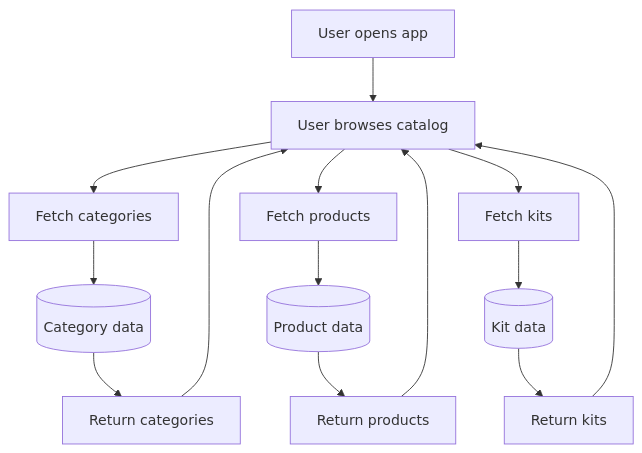
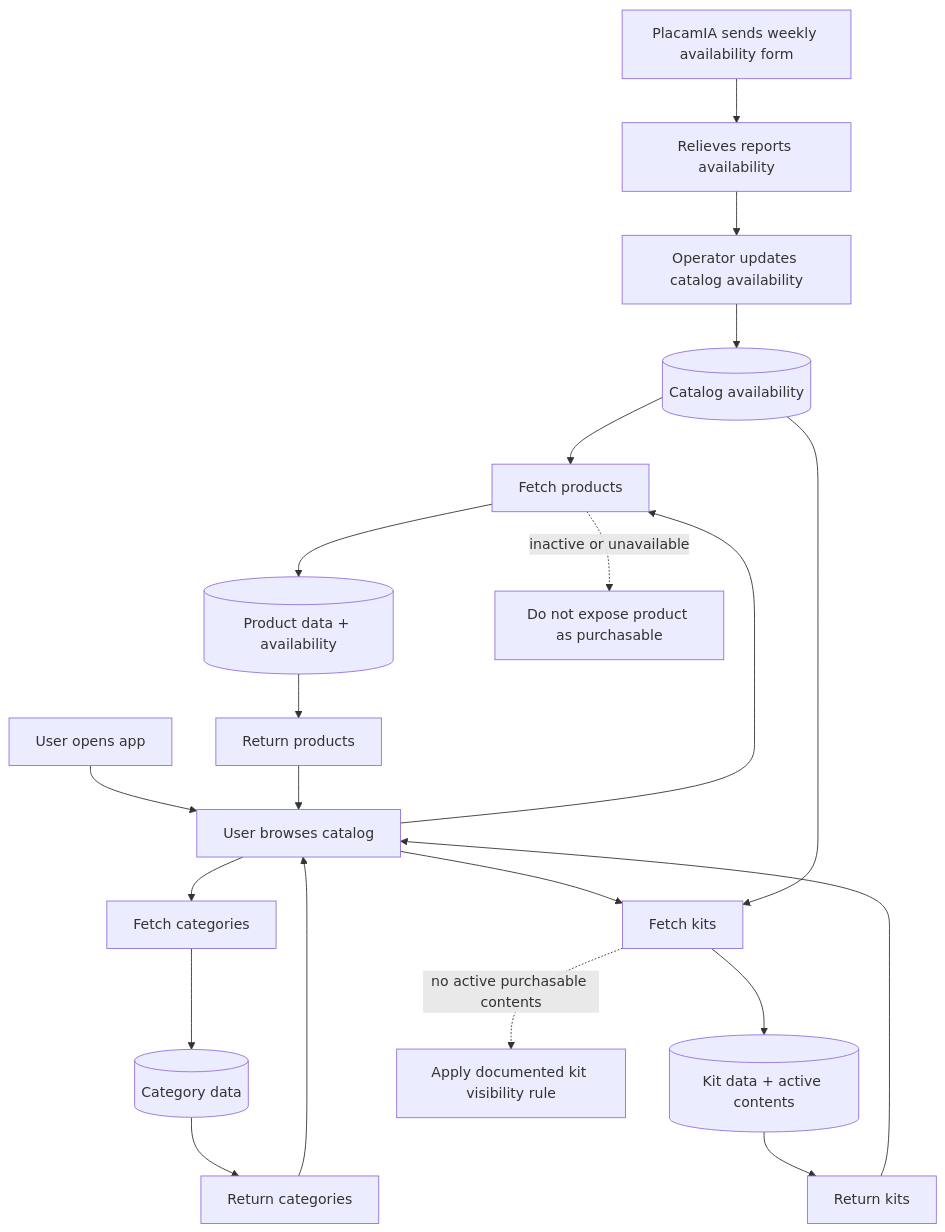
One commit to jovillal/placamia changed the diagram in docs/flows/catalog-flow.md. Above: the diagram before and after it, drawn with Mermaid. The commit also changed other lines of this file and 13 other files, not shown here.

Commit message:
docs: align MVP flows with direct checkout path

````diff
--- a/docs/flows/catalog-flow.md
+++ b/docs/flows/catalog-flow.md
@@ -11,20 +16,29 @@
 ```mermaid
 flowchart TD
+    O1[PlacamIA sends weekly availability form] --> P1[Relieves reports availability]
+    P1 --> B0[Operator updates catalog availability]
+    B0 --> D0[(Catalog availability)]
+
     U1[User opens app] --> U2[User browses catalog]
 
     U2 --> B1[Fetch categories]
     B1 --> D1[(Category data)]
     D1 --> B2[Return categories]
 
     U2 --> B3[Fetch products]
-    B3 --> D2[(Product data)]
+    B3 --> D2[(Product data + availability)]
     D2 --> B4[Return products]
 
     U2 --> B5[Fetch kits]
-    B5 --> D3[(Kit data)]
+    B5 --> D3[(Kit data + active contents)]
     D3 --> B6[Return kits]
 
+    D0 --> B3
+    D0 --> B5
     B2 --> U2
     B4 --> U2
     B6 --> U2
+
+    B3 -. inactive or unavailable .-> R1[Do not expose product as purchasable]
+    B5 -. no active purchasable contents .-> R2[Apply documented kit visibility rule]
 ```
````
